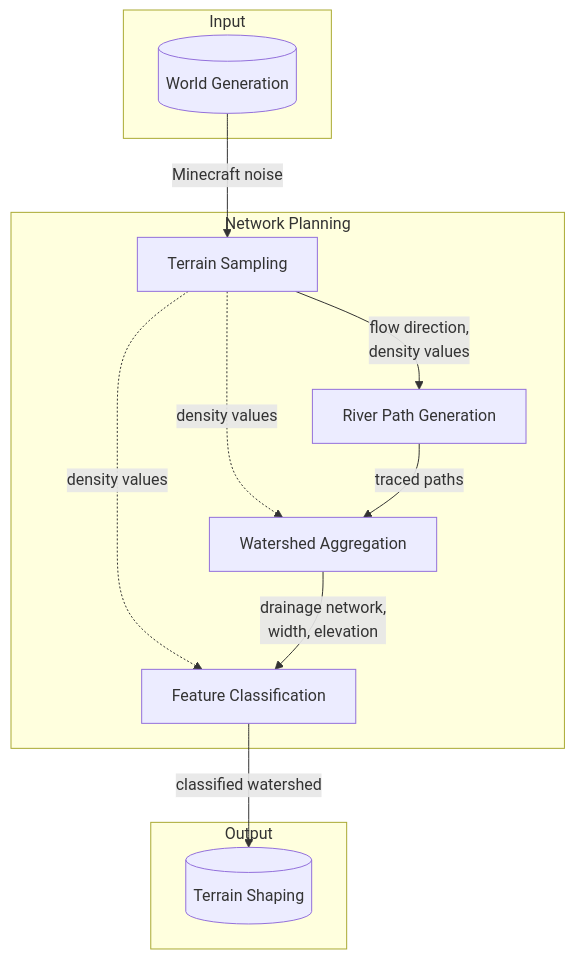
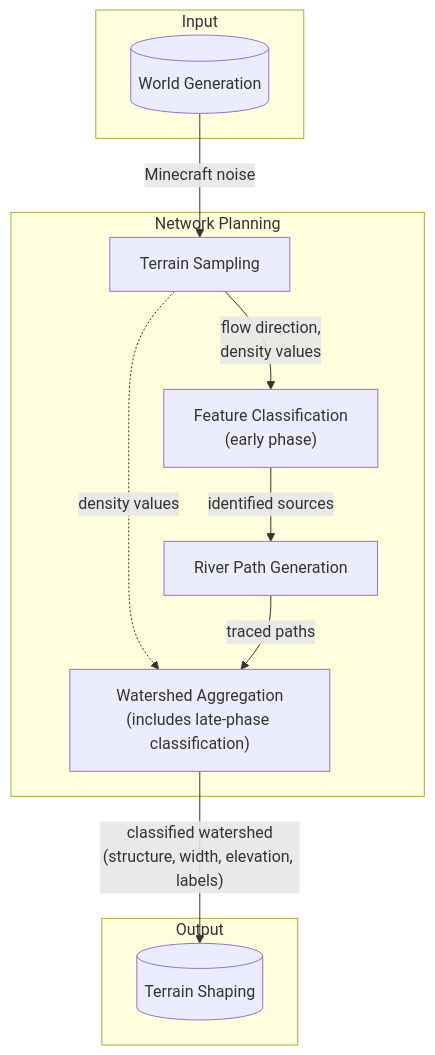
Before and after one commit to SoSly/RiverTale: the diagram in docs/features/rivers/archive/Network Planning Architecture.md, drawn with Mermaid. The commit also changed other lines of this file and 16 other files, not shown here.

````diff
--- a/docs/features/rivers/archive/Network Planning Architecture.md
+++ b/docs/features/rivers/archive/Network Planning Architecture.md
@@ -11,25 +11,24 @@
 ```mermaid
 flowchart TD
     subgraph Input
         WG[("World Generation")]
     end
 
     subgraph Network Planning
         TS["Terrain Sampling"]
+        FC_early["Feature Classification<br/>(early phase)"]
         RPG["River Path Generation"]
-        WA["Watershed Aggregation"]
-        FC["Feature Classification"]
+        WA["Watershed Aggregation<br/>(includes late-phase classification)"]
     end
 
     subgraph Output
         RS[("Terrain Shaping")]
     end
 
     WG -->|"Minecraft noise"| TS
-    TS -->|"flow direction,<br/>density values"| RPG
+    TS -->|"flow direction,<br/>density values"| FC_early
+    FC_early -->|"identified sources"| RPG
     TS -.->|"density values"| WA
-    TS -.->|"density values"| FC
     RPG -->|"traced paths"| WA
-    WA -->|"drainage network,<br/>width, elevation"| FC
-    FC -->|"classified watershed"| RS
+    WA -->|"classified watershed<br/>(structure, width, elevation, labels)"| RS
 ```
````
